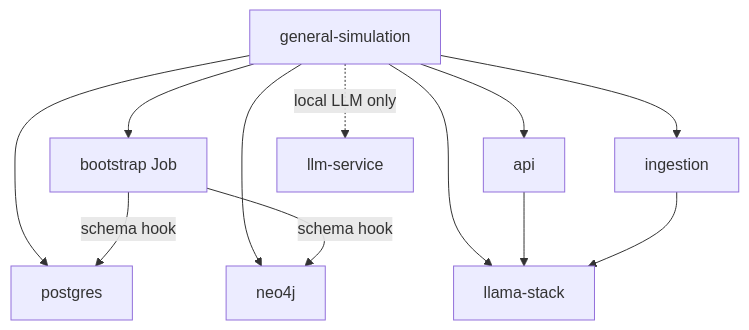
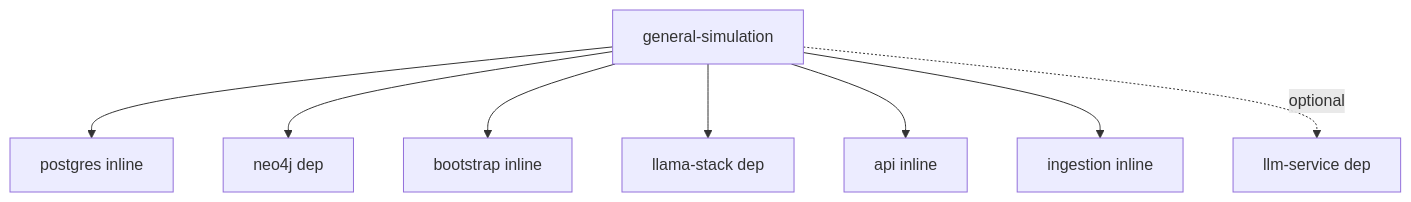
The second of 2 diagrams in VALUES_MAPPING.md (rh-ai-quickstart/general-simulation), drawn with Mermaid before and after one commit. The commit also changed other lines of this file and 83 other files, not shown here.

First line of the commit message:
chore: consolidate deploy/helm subcharts into helm/ umbrella chart.

````diff
--- a/VALUES_MAPPING.md
+++ b/VALUES_MAPPING.md
@@ -39,17 +38,12 @@
 ```mermaid
 flowchart TB
   U[general-simulation]
 
-  U --> PG[postgres]
-  U --> NJ[neo4j]
-  U --> BS[bootstrap Job]
-  U --> LS[llama-stack]
-  U --> API[api]
-  U --> ING[ingestion]
-  U -. local LLM only .-> VLLM[llm-service]
-
-  BS -->|schema hook| PG
-  BS -->|schema hook| NJ
-  API --> LS
-  ING --> LS
+  U --> PG[postgres inline]
+  U --> NJ[neo4j dep]
+  U --> BS[bootstrap inline]
+  U --> LS[llama-stack dep]
+  U --> API[api inline]
+  U --> ING[ingestion inline]
+  U -. optional .-> VLLM[llm-service dep]
 ```
````
